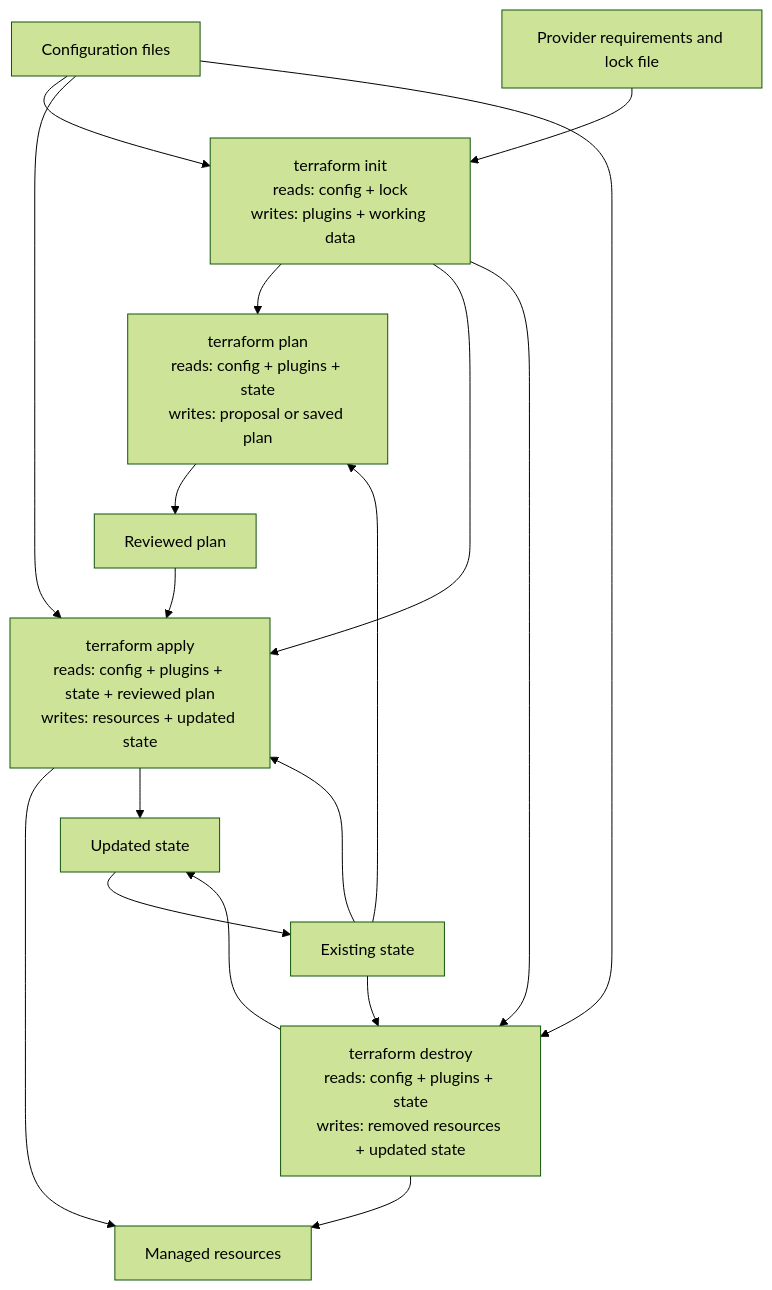
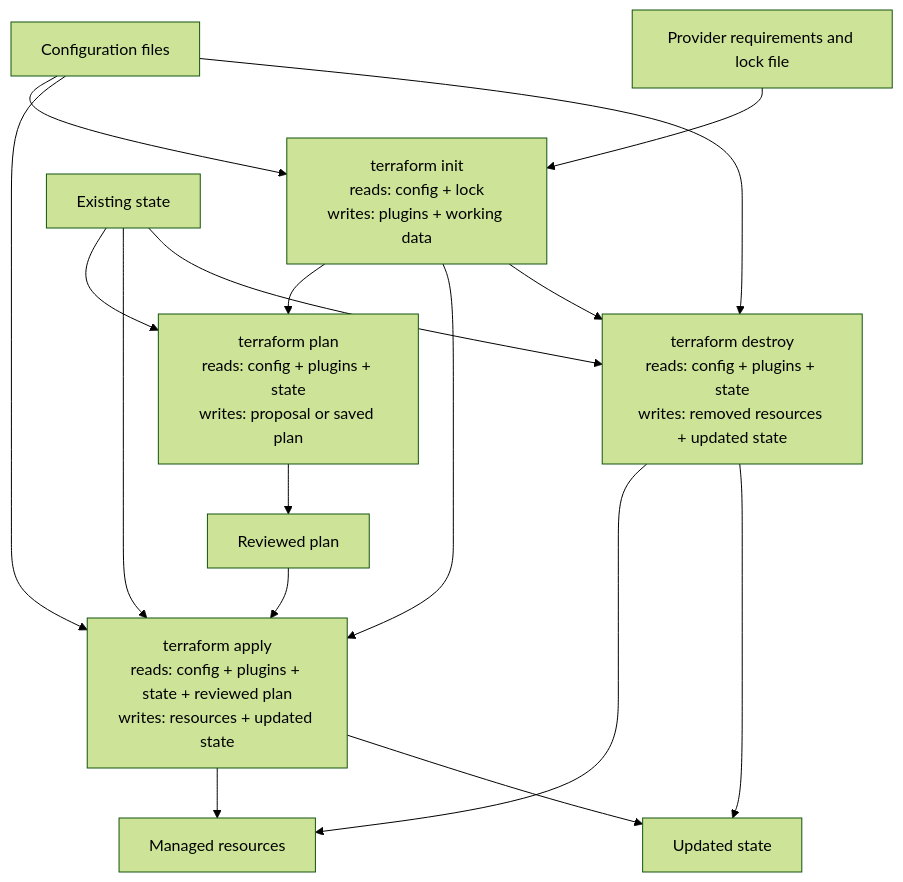
Before and after one commit to OpalBolt/Hashicorp-Katas: the diagram in docs/slices/terraform/01-workflow.md, drawn with Mermaid (forest theme). The commit also changed other lines of this file and 19 other files, not shown here.

````diff
--- a/docs/slices/terraform/01-workflow.md
+++ b/docs/slices/terraform/01-workflow.md
@@ -38,20 +38,19 @@
 ```mermaid
 flowchart TD
     config["Configuration files"] --> init["terraform init<br/>reads: config + lock<br/>writes: plugins + working data"]
     lock["Provider requirements and lock file"] --> init
     init --> plan["terraform plan<br/>reads: config + plugins + state<br/>writes: proposal or saved plan"]
     state["Existing state"] --> plan
     plan --> review["Reviewed plan"]
     config --> apply["terraform apply<br/>reads: config + plugins + state + reviewed plan<br/>writes: resources + updated state"]
     init --> apply
     state --> apply
     review --> apply
     apply --> resources["Managed resources"]
     apply --> newstate["Updated state"]
-    newstate --> state
     config --> destroy["terraform destroy<br/>reads: config + plugins + state<br/>writes: removed resources + updated state"]
     init --> destroy
     state --> destroy
     destroy --> resources
     destroy --> newstate
 ```
````
